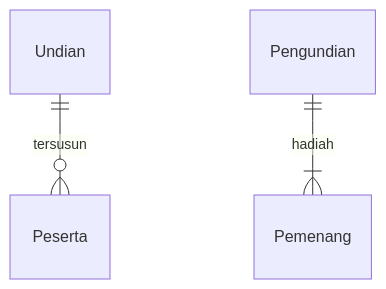
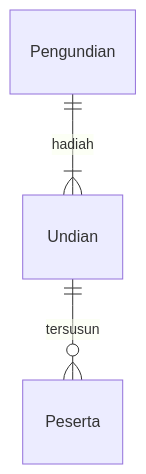
One commit to Ahmadlong/Game-Pengundian changed the first of 2 diagrams in pengundian.md. Above: the diagram before and after it, drawn with Mermaid. The commit also changed other lines of this file, not shown here.

````diff
--- a/pengundian.md
+++ b/pengundian.md
@@ -55,5 +72,5 @@
 ```mermaid
 erDiagram
     Undian ||--o{ Peserta : tersusun
-    Pengundian ||--|{ Pemenang : hadiah
+    Pengundian ||--|{ Undian : hadiah
 ```
````
